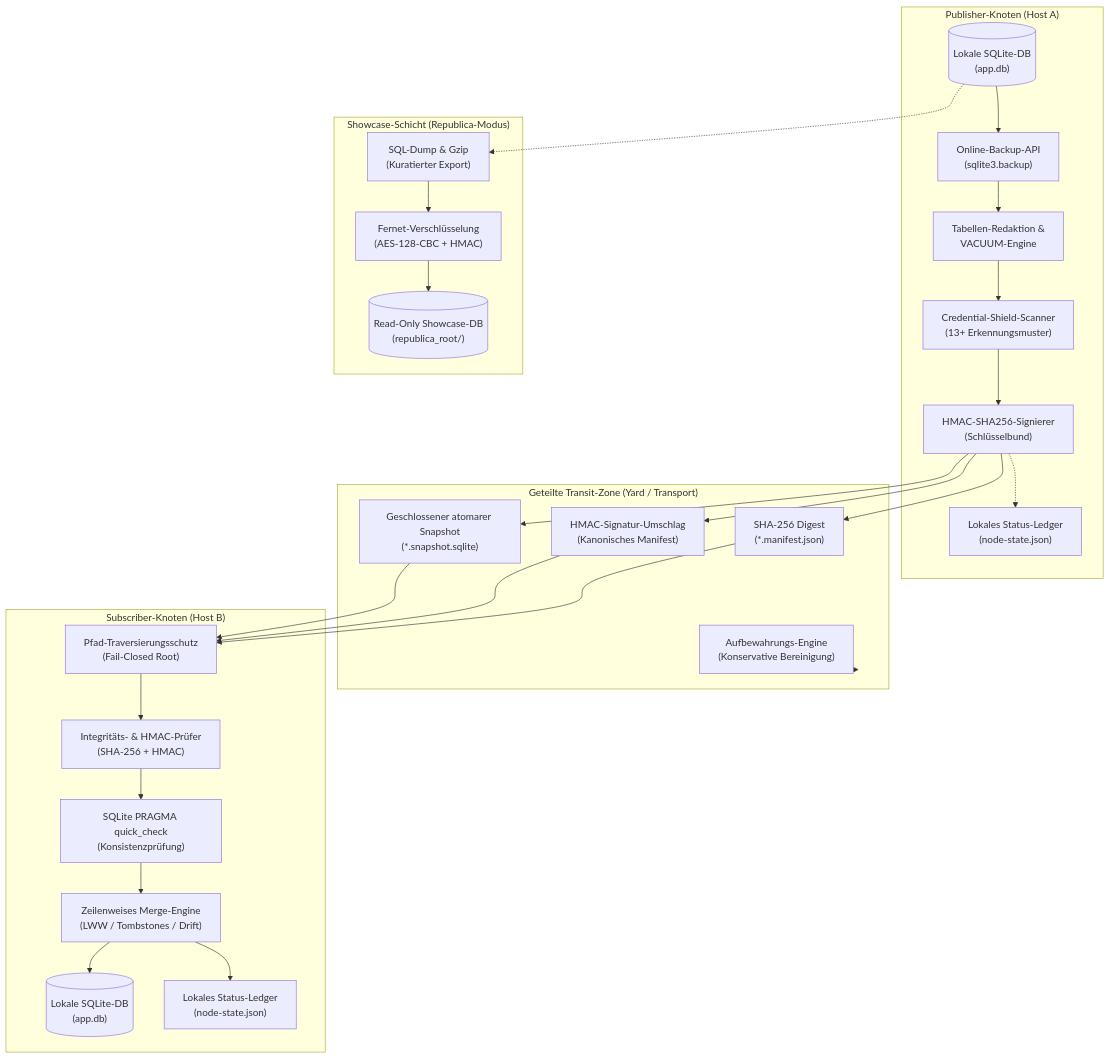
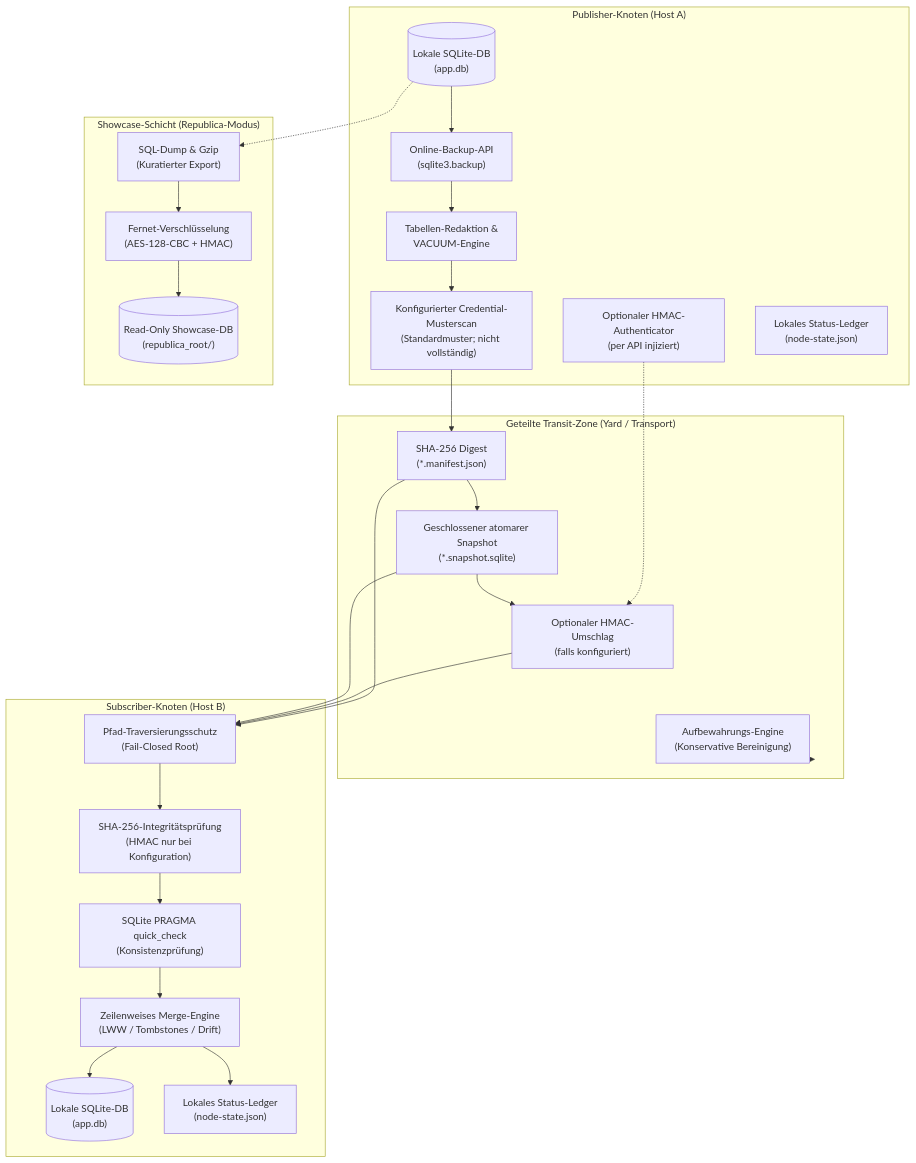
Before and after one commit to ellmos-ai/sqlite-transit-sync: the first of 2 diagrams in README_de.md, drawn with Mermaid. The commit also changed other lines of this file and 8 other files, not shown here.

````diff
--- a/README_de.md
+++ b/README_de.md
@@ -84,59 +82,58 @@
 ```mermaid
 flowchart TD
     subgraph NODE_A ["Publisher-Knoten (Host A)"]
         DB_A[("Lokale SQLite-DB<br/>(app.db)")]
         BACKUP_A["Online-Backup-API<br/>(sqlite3.backup)"]
         REDACT_A["Tabellen-Redaktion &<br/>VACUUM-Engine"]
-        SHIELD_A["Credential-Shield-Scanner<br/>(13+ Erkennungsmuster)"]
-        HMAC_A["HMAC-SHA256-Signierer<br/>(Schlüsselbund)"]
+        SHIELD_A["Konfigurierter Credential-Musterscan<br/>(Standardmuster; nicht vollständig)"]
+        HMAC_A["Optionaler HMAC-Authenticator<br/>(per API injiziert)"]
         STATE_A["Lokales Status-Ledger<br/>(node-state.json)"]
     end
 
     subgraph TRANSIT ["Geteilte Transit-Zone (Yard / Transport)"]
         SNAP["Geschlossener atomarer Snapshot<br/>(*.snapshot.sqlite)"]
-        SIG["HMAC-Signatur-Umschlag<br/>(Kanonisches Manifest)"]
+        SIG["Optionaler HMAC-Umschlag<br/>(falls konfiguriert)"]
         HASH["SHA-256 Digest<br/>(*.manifest.json)"]
         RETENTION["Aufbewahrungs-Engine<br/>(Konservative Bereinigung)"]
     end
 
     subgraph NODE_B ["Subscriber-Knoten (Host B)"]
         GUARD_B["Pfad-Traversierungsschutz<br/>(Fail-Closed Root)"]
-        VERIFY_B["Integritäts- & HMAC-Prüfer<br/>(SHA-256 + HMAC)"]
+        VERIFY_B["SHA-256-Integritätsprüfung<br/>(HMAC nur bei Konfiguration)"]
         SANITY_B["SQLite PRAGMA quick_check<br/>(Konsistenzprüfung)"]
         MERGE_B["Zeilenweises Merge-Engine<br/>(LWW / Tombstones / Drift)"]
         DB_B[("Lokale SQLite-DB<br/>(app.db)")]
         STATE_B["Lokales Status-Ledger<br/>(node-state.json)"]
     end
 
     subgraph SHOWCASE ["Showcase-Schicht (Republica-Modus)"]
         REP_EXP["SQL-Dump & Gzip<br/>(Kuratierter Export)"]
         REP_FER["Fernet-Verschlüsselung<br/>(AES-128-CBC + HMAC)"]
         REP_RO[("Read-Only Showcase-DB<br/>(republica_root/)")]
     end
 
     DB_A --> BACKUP_A
     BACKUP_A --> REDACT_A
     REDACT_A --> SHIELD_A
-    SHIELD_A --> HMAC_A
-    HMAC_A --> SNAP
-    HMAC_A --> SIG
-    HMAC_A --> HASH
+    SHIELD_A --> HASH
+    HASH --> SNAP
+    SNAP --> SIG
+    HMAC_A -.-> SIG
     SNAP --- TRANSIT
     SIG --- TRANSIT
     HASH --- TRANSIT
     TRANSIT --> RETENTION
 
     SNAP --> GUARD_B
     SIG --> GUARD_B
     HASH --> GUARD_B
     GUARD_B --> VERIFY_B
     VERIFY_B --> SANITY_B
     SANITY_B --> MERGE_B
     MERGE_B --> DB_B
     MERGE_B --> STATE_B
-    HMAC_A -.-> STATE_A
 
     DB_A -.-> REP_EXP
     REP_EXP --> REP_FER
     REP_FER --> REP_RO
 ```
````
